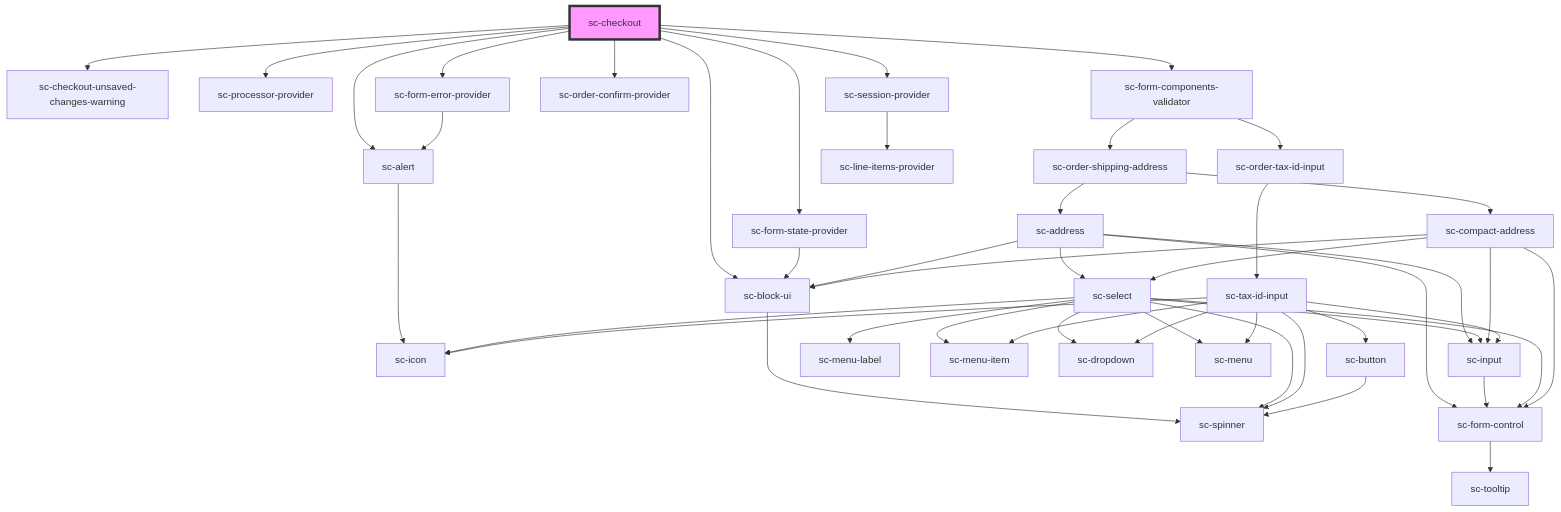
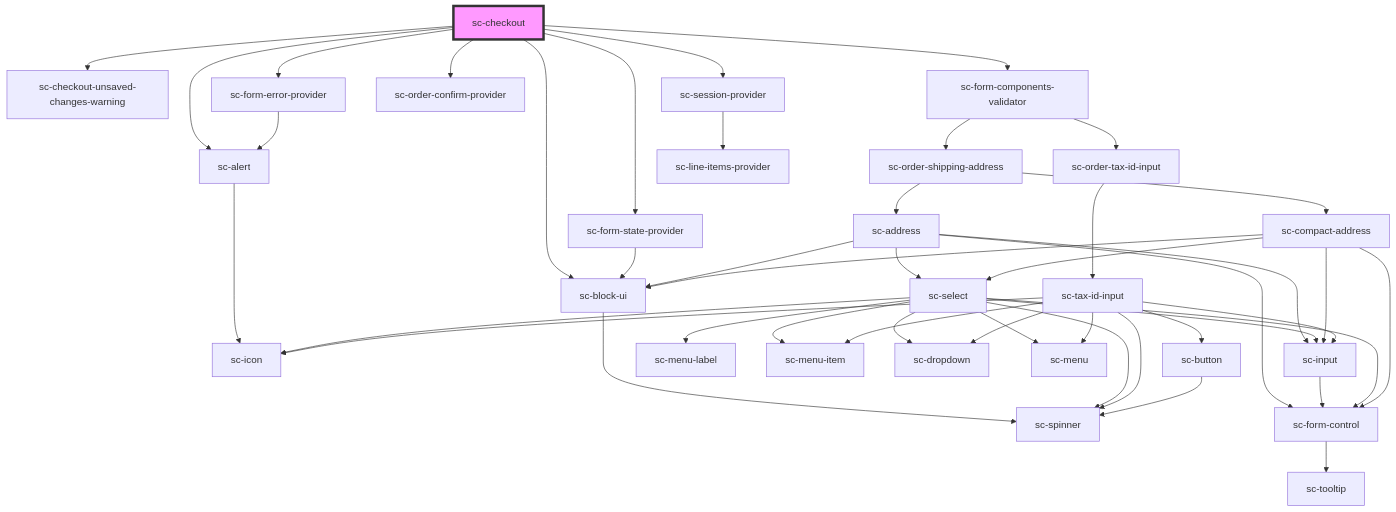
The diagram in packages/components/src/components/controllers/checkout-form/checkout/readme.md (surecart/surecart-wp-plugin), drawn with Mermaid before and after one commit. The commit also changed other lines of this file and 5 other files, not shown here.

````diff
--- a/packages/components/src/components/controllers/checkout-form/checkout/readme.md
+++ b/packages/components/src/components/controllers/checkout-form/checkout/readme.md
@@ -78,49 +77,48 @@
 ```mermaid
 graph TD;
   sc-checkout --> sc-alert
   sc-checkout --> sc-checkout-unsaved-changes-warning
-  sc-checkout --> sc-processor-provider
   sc-checkout --> sc-form-state-provider
   sc-checkout --> sc-form-error-provider
   sc-checkout --> sc-form-components-validator
   sc-checkout --> sc-order-confirm-provider
   sc-checkout --> sc-session-provider
   sc-checkout --> sc-block-ui
   sc-alert --> sc-icon
   sc-form-state-provider --> sc-block-ui
   sc-block-ui --> sc-spinner
   sc-form-error-provider --> sc-alert
   sc-form-components-validator --> sc-order-shipping-address
   sc-form-components-validator --> sc-order-tax-id-input
   sc-order-shipping-address --> sc-address
   sc-order-shipping-address --> sc-compact-address
   sc-address --> sc-form-control
   sc-address --> sc-input
   sc-address --> sc-select
   sc-address --> sc-block-ui
   sc-form-control --> sc-tooltip
   sc-input --> sc-form-control
   sc-select --> sc-icon
   sc-select --> sc-menu-label
   sc-select --> sc-menu-item
   sc-select --> sc-form-control
   sc-select --> sc-dropdown
   sc-select --> sc-input
   sc-select --> sc-spinner
   sc-select --> sc-menu
   sc-compact-address --> sc-form-control
   sc-compact-address --> sc-select
   sc-compact-address --> sc-input
   sc-compact-address --> sc-block-ui
   sc-order-tax-id-input --> sc-tax-id-input
   sc-tax-id-input --> sc-icon
   sc-tax-id-input --> sc-input
   sc-tax-id-input --> sc-spinner
   sc-tax-id-input --> sc-dropdown
   sc-tax-id-input --> sc-button
   sc-tax-id-input --> sc-menu
   sc-tax-id-input --> sc-menu-item
   sc-button --> sc-spinner
   sc-session-provider --> sc-line-items-provider
   style sc-checkout fill:#f9f,stroke:#333,stroke-width:4px
 ```
````
